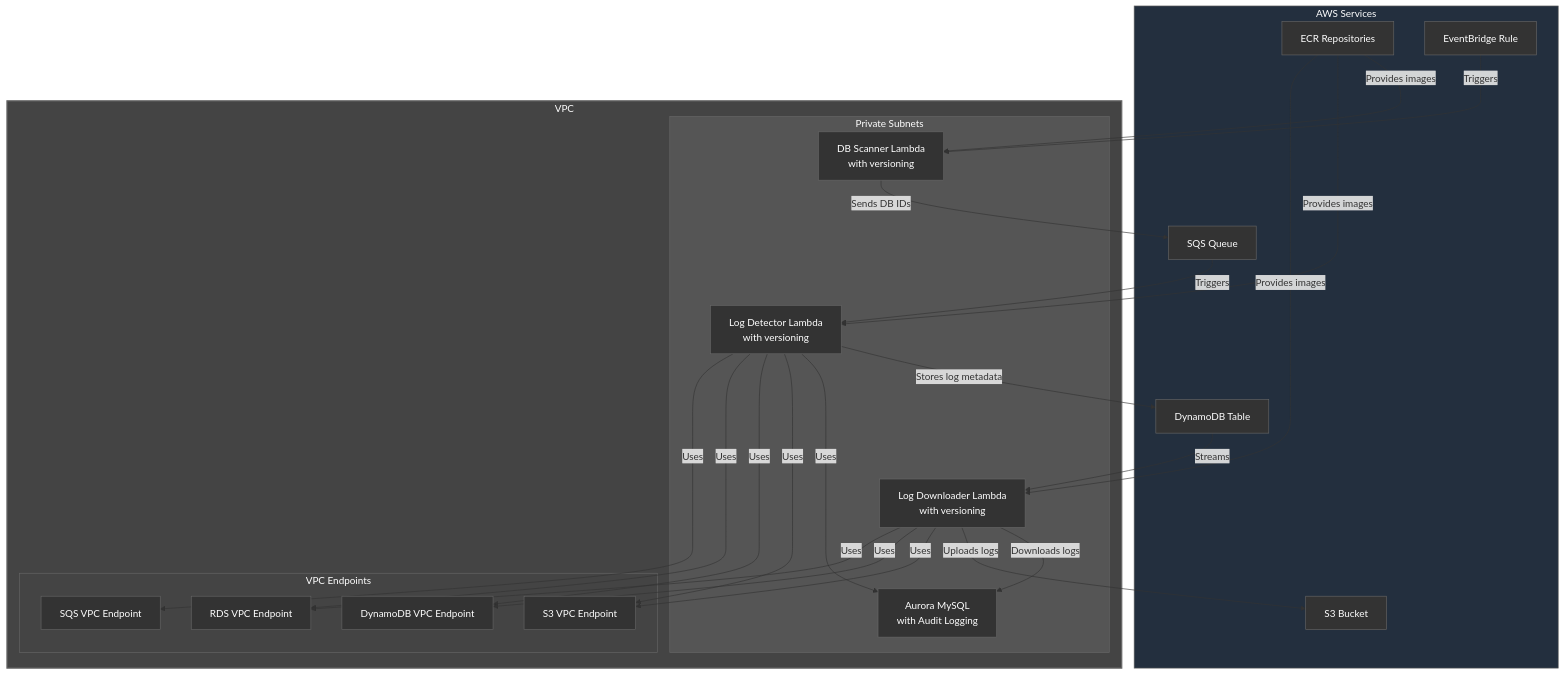
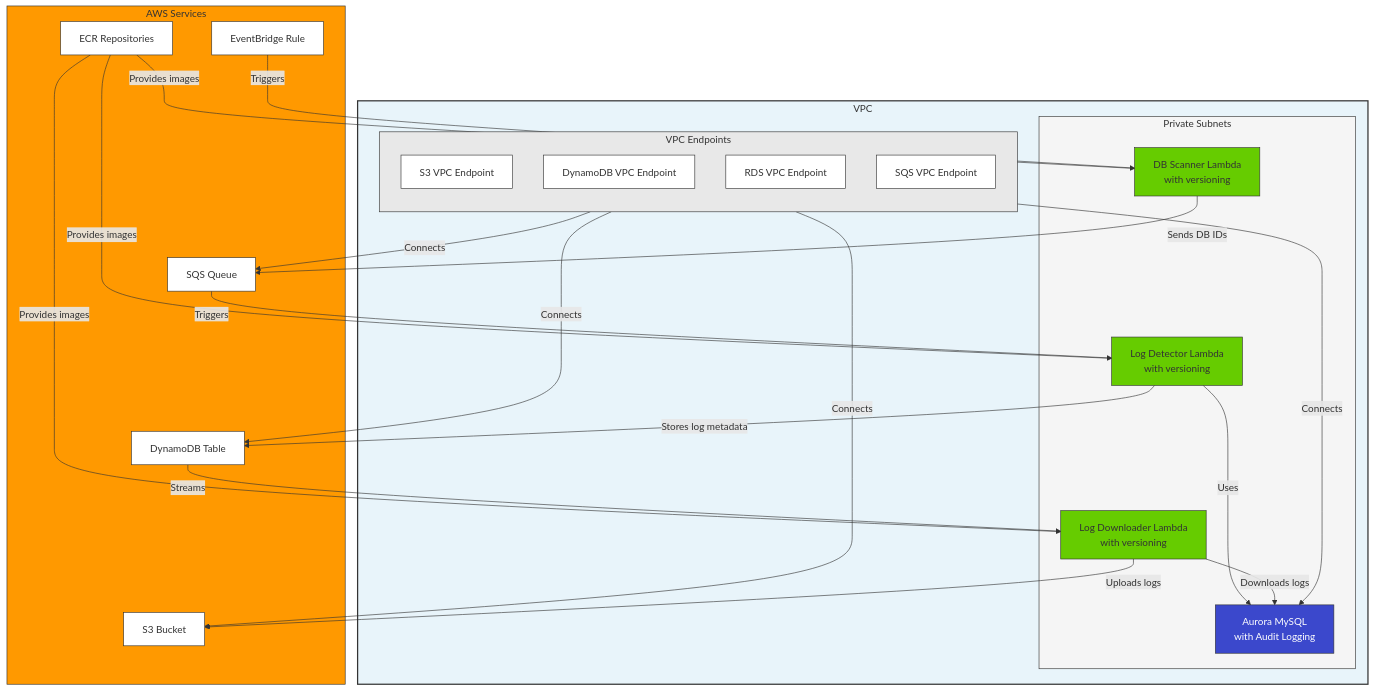
The diagram in README.md (zhang1980s/aurora-audit-log-backup-lab), drawn with Mermaid before and after one commit.

Commit message:
Update architecture diagram with light theme and improved layout

````diff
--- a/README.md
+++ b/README.md
@@ -15,71 +15,70 @@
 ```mermaid
 graph TD
-    %% Theme settings
-    classDef default fill:#333,stroke:#666,color:#fff
-    classDef awsService fill:#232F3E,stroke:#666,color:#fff
-    classDef vpc fill:#444,stroke:#666,color:#fff,stroke-width:2px
-    classDef subnet fill:#555,stroke:#666,color:#fff
-    classDef lambda fill:#333,stroke:#666,color:#fff
-    classDef endpoint fill:#444,stroke:#666,color:#fff
+    %% Theme settings - Light theme
+    classDef default fill:#fff,stroke:#333,color:#333
+    classDef awsService fill:#FF9900,stroke:#333,color:#333
+    classDef vpc fill:#E8F4FA,stroke:#333,color:#333,stroke-width:2px
+    classDef subnet fill:#F5F5F5,stroke:#333,color:#333
+    classDef lambda fill:#66CC00,stroke:#333,color:#333
+    classDef endpoint fill:#E8E8E8,stroke:#333,color:#333
+    classDef database fill:#3B48CC,stroke:#333,color:#fff
     
     %% AWS Services section
     subgraph awsServices["AWS Services"]
         ECR["ECR Repositories"]
         EventBridge["EventBridge Rule"]
         SQS["SQS Queue"]
         DynamoDB["DynamoDB Table"]
         S3Bucket["S3 Bucket"]
     end
     
     %% VPC section
     subgraph vpc["VPC"]
-        %% Private Subnets
+        %% VPC Endpoints - Vertical arrangement on the left
+        subgraph vpcEndpoints["VPC Endpoints"]
+            direction TB
+            S3Endpoint["S3 VPC Endpoint"]
+            DynamoDBEndpoint["DynamoDB VPC Endpoint"]
+            RDSEndpoint["RDS VPC Endpoint"]
+            SQSEndpoint["SQS VPC Endpoint"]
+        end
+        
+        %% Private Subnets with Aurora inside
         subgraph privateSubnets["Private Subnets"]
             DBScanner["DB Scanner Lambda\nwith versioning"]
             LogDetector["Log Detector Lambda\nwith versioning"]
             LogDownloader["Log Downloader Lambda\nwith versioning"]
             Aurora["Aurora MySQL\nwith Audit Logging"]
-        end
-        
-        %% VPC Endpoints
-        subgraph vpcEndpoints["VPC Endpoints"]
-            S3Endpoint["S3 VPC Endpoint"]
-            DynamoDBEndpoint["DynamoDB VPC Endpoint"]
-            RDSEndpoint["RDS VPC Endpoint"]
-            SQSEndpoint["SQS VPC Endpoint"]
         end
     end
     
     %% Connections
     ECR -- "Provides images" --> DBScanner
     ECR -- "Provides images" --> LogDetector
     ECR -- "Provides images" --> LogDownloader
     
     EventBridge -- "Triggers" --> DBScanner
     DBScanner -- "Sends DB IDs" --> SQS
     SQS -- "Triggers" --> LogDetector
     
     LogDetector -- "Stores log metadata" --> DynamoDB
     DynamoDB -- "Streams" --> LogDownloader
     
     LogDetector -- "Uses" --> Aurora
     LogDownloader -- "Downloads logs" --> Aurora
     LogDownloader -- "Uploads logs" --> S3Bucket
     
     %% VPC Endpoint connections
-    LogDetector -- "Uses" --> S3Endpoint
-    LogDetector -- "Uses" --> DynamoDBEndpoint
-    LogDetector -- "Uses" --> RDSEndpoint
-    LogDetector -- "Uses" --> SQSEndpoint
-    
-    LogDownloader -- "Uses" --> S3Endpoint
-    LogDownloader -- "Uses" --> DynamoDBEndpoint
-    LogDownloader -- "Uses" --> RDSEndpoint
+    S3Endpoint -- "Connects" --> S3Bucket
+    DynamoDBEndpoint -- "Connects" --> DynamoDB
+    RDSEndpoint -- "Connects" --> Aurora
+    SQSEndpoint -- "Connects" --> SQS
     
     %% Apply classes
     class awsServices awsService
     class vpc vpc
     class privateSubnets subnet
     class vpcEndpoints endpoint
     class DBScanner,LogDetector,LogDownloader lambda
+    class Aurora database
 ```
````
